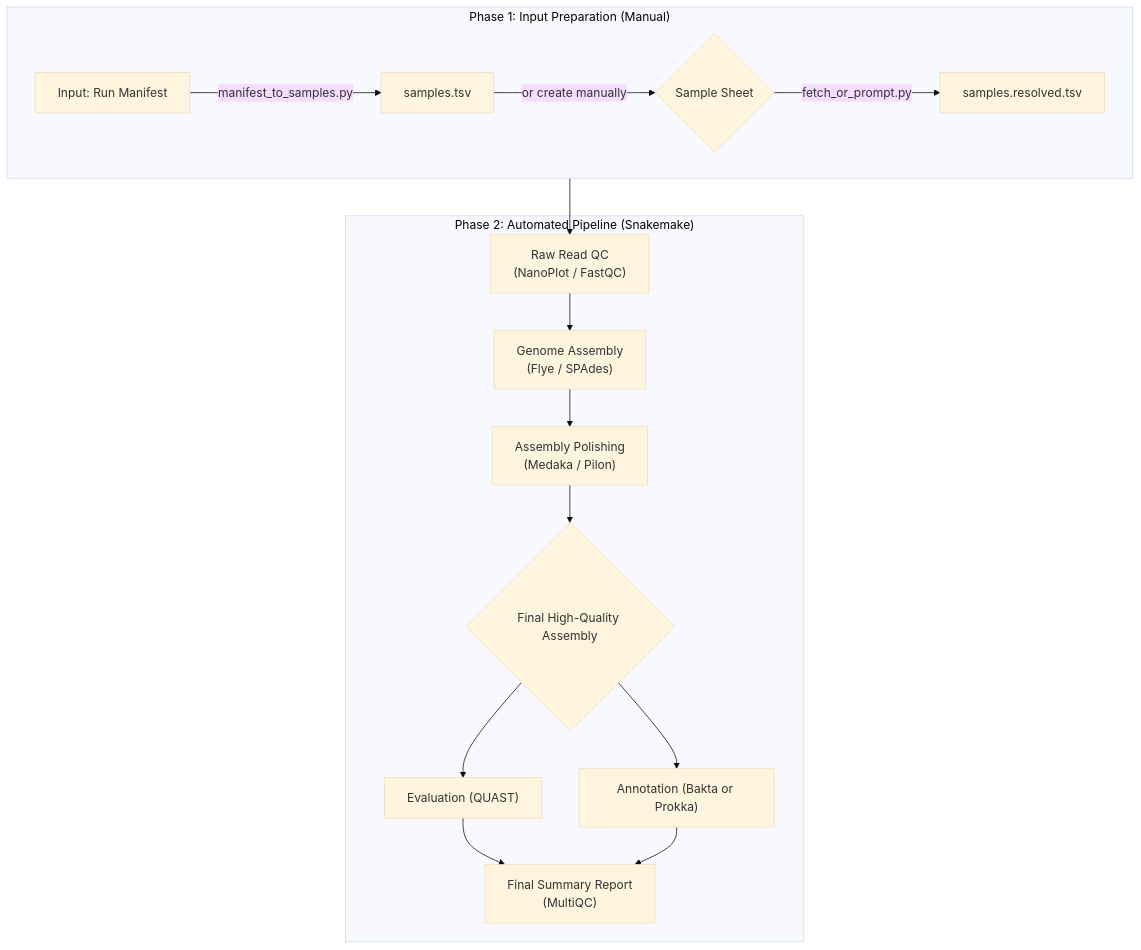
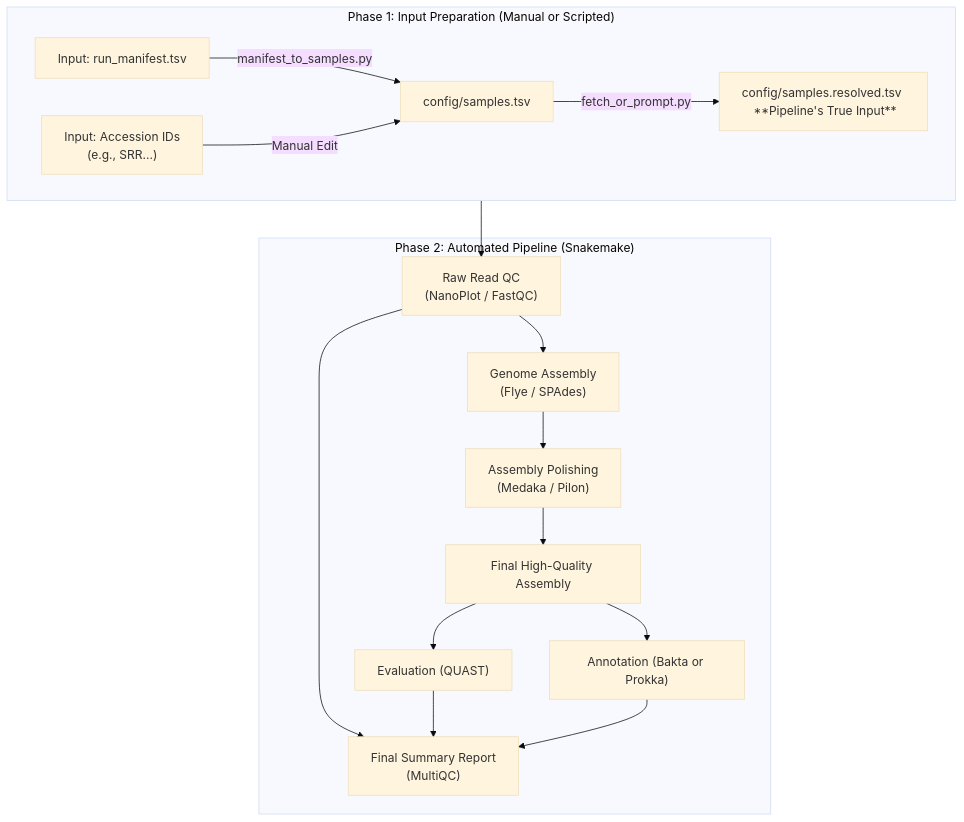
One commit to yukicyk/nanopore-bac-genome-assembly changed the diagram in README.md. Above: the diagram before and after it, drawn with Mermaid (base theme). The commit also changed other lines of this file and 5 other files, not shown here.

Commit message:
Updated SOP, README, run_manifest_README documents to better explain the workflow and input files; patched qc,annotaion and report rules to FIX outdir linting errors.

````diff
--- a/README.md
+++ b/README.md
@@ -26,20 +25,20 @@
 ```mermaid
    flowchart TD
-    subgraph "Phase 1: Input Preparation (Manual)"
+    subgraph "Phase 1: Input Preparation (Manual or Scripted)"
         direction LR
-        A["Input: Run Manifest"] --> |manifest_to_samples.py| B["samples.tsv"];
-        B -- "or create manually" --> C{Sample Sheet};
-        C --> |fetch_or_prompt.py| D["samples.resolved.tsv"];
+        A["Input: run_manifest.tsv"] --> |manifest_to_samples.py| B["config/samples.tsv"];
+        C["Input: Accession IDs <br> (e.g., SRR...)"] --> |Manual Edit| B;
+        B --> |fetch_or_prompt.py| D["config/samples.resolved.tsv <br> **Pipeline's True Input**"];
     end
 
     subgraph "Phase 2: Automated Pipeline (Snakemake)"
         D --> E["Raw Read QC <br> (NanoPlot / FastQC)"];
         E --> F["Genome Assembly <br> (Flye / SPAdes)"];
         F --> G["Assembly Polishing <br> (Medaka / Pilon)"];
-        G --> H{"Final High-Quality Assembly"};
+        G --> H["Final High-Quality Assembly"];
         H --> I["Evaluation (QUAST)"];
         H --> J["Annotation (Bakta or Prokka)"];
-        I & J --> K["Final Summary Report <br> (MultiQC)"];
+        E & I & J --> K["Final Summary Report <br> (MultiQC)"];
     end
 
 ```
````
